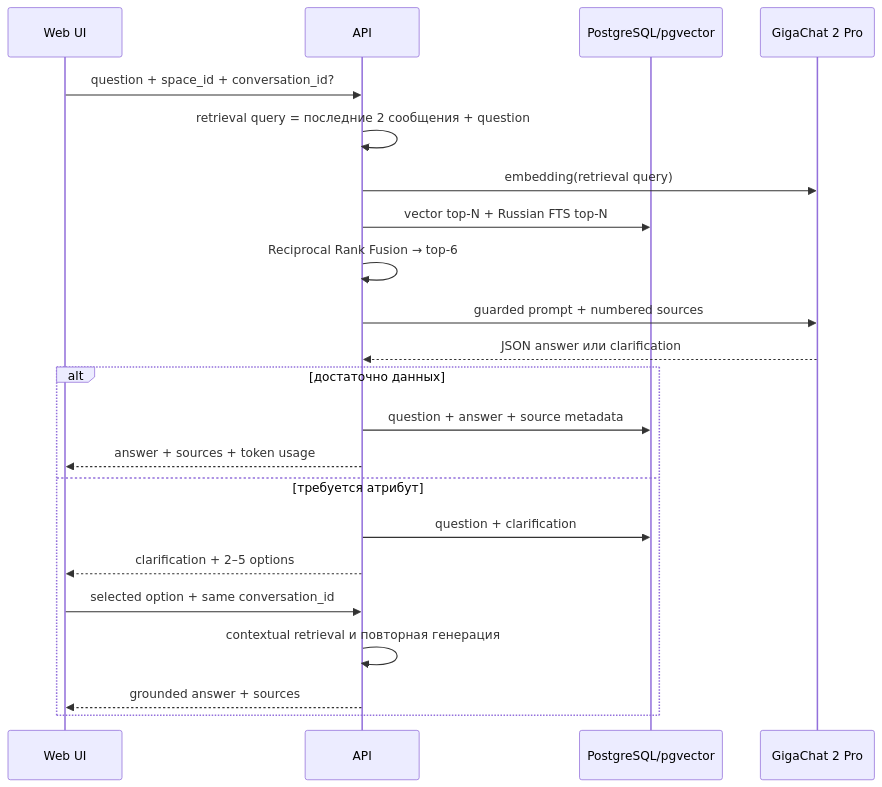
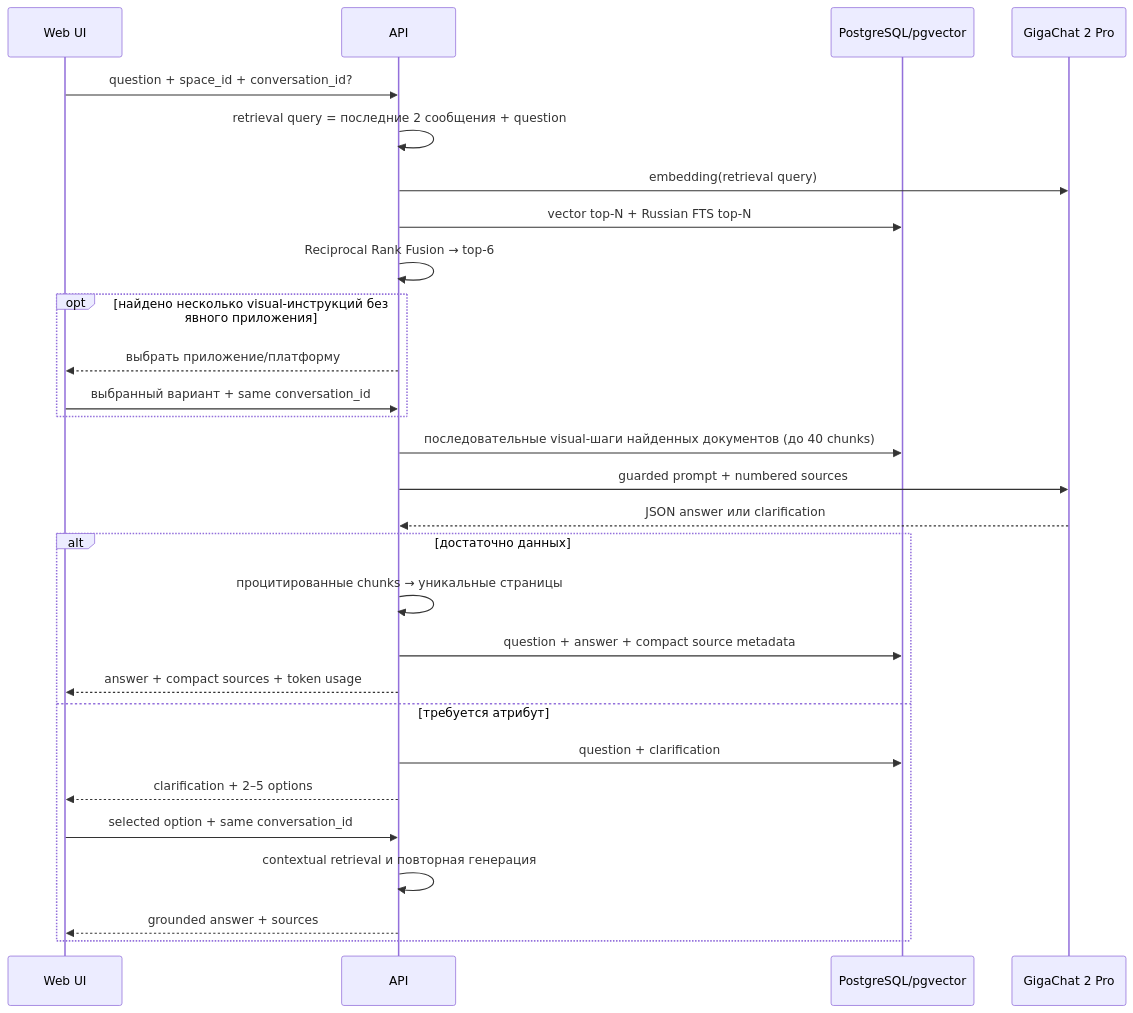
The fourth of 4 diagrams in docs/ARCHITECTURE.md (TBWTK/corporate-rag), drawn with Mermaid before and after one commit. The commit also changed other lines of this file and 77 other files, not shown here.

````diff
--- a/docs/ARCHITECTURE.md
+++ b/docs/ARCHITECTURE.md
@@ -86,24 +98,30 @@
 ```mermaid
 sequenceDiagram
   participant U as Web UI
   participant A as API
   participant D as PostgreSQL/pgvector
   participant G as GigaChat 2 Pro
   U->>A: question + space_id + conversation_id?
   A->>A: retrieval query = последние 2 сообщения + question
   A->>G: embedding(retrieval query)
   A->>D: vector top-N + Russian FTS top-N
   A->>A: Reciprocal Rank Fusion → top-6
+  opt найдено несколько visual-инструкций без явного приложения
+    A-->>U: выбрать приложение/платформу
+    U->>A: выбранный вариант + same conversation_id
+  end
+  A->>D: последовательные visual-шаги найденных документов (до 40 chunks)
   A->>G: guarded prompt + numbered sources
   G-->>A: JSON answer или clarification
   alt достаточно данных
-    A->>D: question + answer + source metadata
-    A-->>U: answer + sources + token usage
+    A->>A: процитированные chunks → уникальные страницы
+    A->>D: question + answer + compact source metadata
+    A-->>U: answer + compact sources + token usage
   else требуется атрибут
     A->>D: question + clarification
     A-->>U: clarification + 2–5 options
     U->>A: selected option + same conversation_id
     A->>A: contextual retrieval и повторная генерация
     A-->>U: grounded answer + sources
   end
 ```
````
